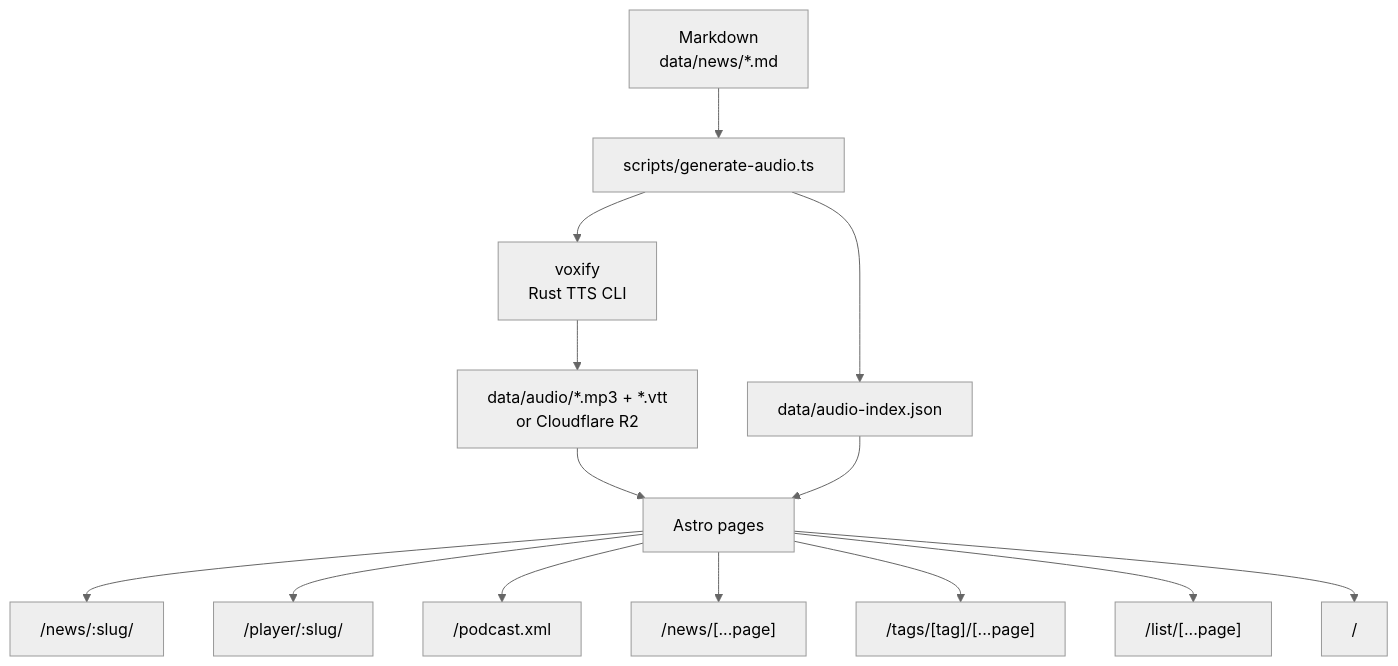
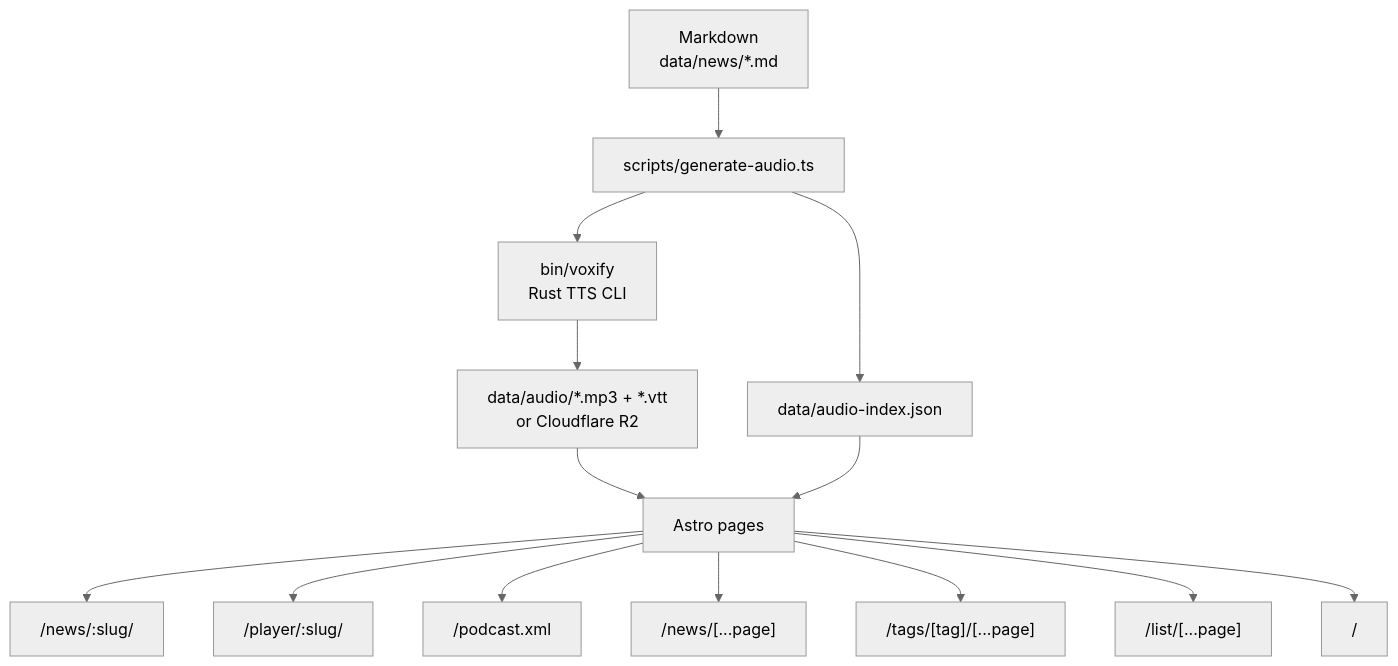
The first of 4 diagrams in README.md (rgaidot/hnpaper-news), drawn with Mermaid (neutral theme) before and after one commit. The commit also changed other lines of this file and 27 other files, not shown here.

Commit message:
chore(audio): use pre-built voxify binary and remove rust build from CI

````diff
--- a/README.md
+++ b/README.md
@@ -61,16 +61,16 @@
 ```mermaid
 flowchart TD
   A[Markdown<br/>data/news/*.md] --> B[scripts/generate-audio.ts]
-  B --> C[voxify<br/>Rust TTS CLI]
+  B --> C[bin/voxify<br/>Rust TTS CLI]
   C --> E[data/audio/*.mp3 + *.vtt<br/>or Cloudflare R2]
   B --> IDX[data/audio-index.json]
   E --> F[Astro pages]
   IDX --> F
   F --> G["/news/:slug/"]
   F --> H["/player/:slug/"]
   F --> I["/podcast.xml"]
   F --> J["/news/[...page]"]
   F --> K["/tags/[tag]/[...page]"]
   F --> M["/list/[...page]"]
   F --> L["/"]
 ```
````
